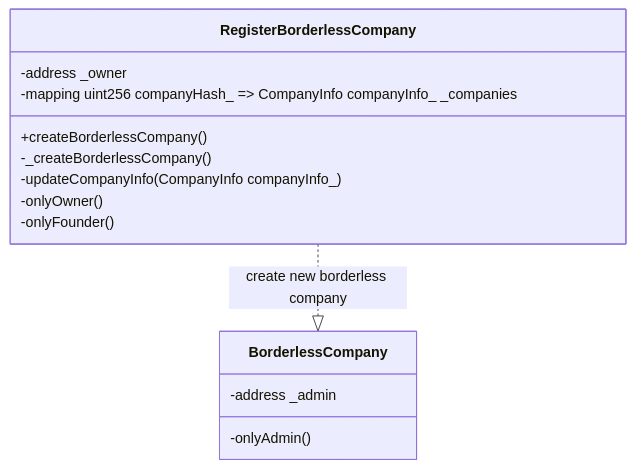
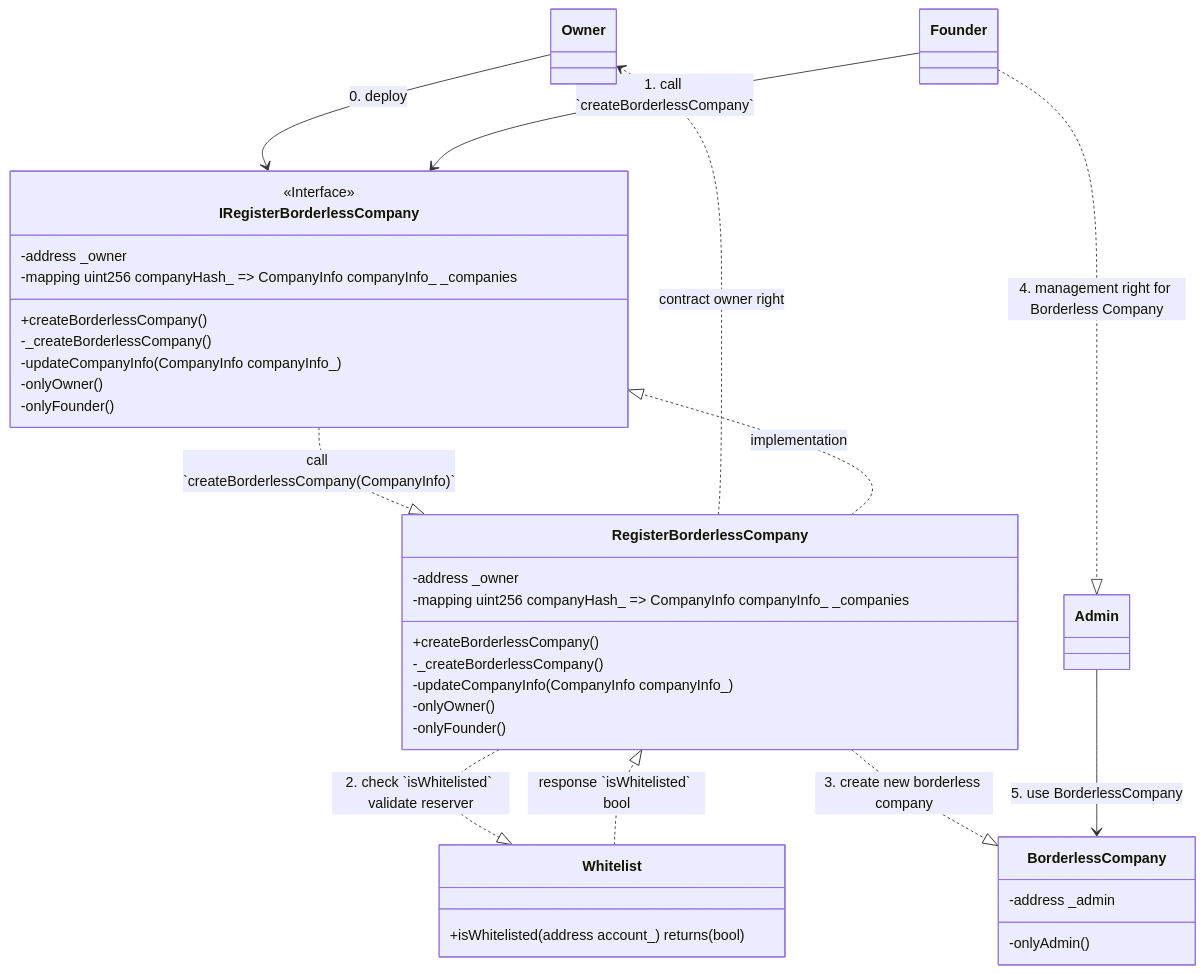
The second of 3 diagrams in docs/contracts/1.RegisterBorderlessCompany/1.RegisterBorderlessCompany.index.md (Borderless-company/Borderless-Contract), drawn with Mermaid before and after one commit. The commit also changed other lines of this file, not shown here.

Commit message:
Initial document RegisterBorderlessCompany.sol

````diff
--- a/docs/contracts/1.RegisterBorderlessCompany/1.RegisterBorderlessCompany.index.md
+++ b/docs/contracts/1.RegisterBorderlessCompany/1.RegisterBorderlessCompany.index.md
@@ -50,18 +90,51 @@
 ```mermaid
 classDiagram
-    RegisterBorderlessCompany ..|> BorderlessCompany: create new borderless company
+    class Owner
+    class Founder
+    class Admin
+
+    Owner --> IRegisterBorderlessCompany: 0. deploy
+    RegisterBorderlessCompany ..> Owner: contract owner right
+
+    Founder --> IRegisterBorderlessCompany: 1. call `createBorderlessCompany`
+    RegisterBorderlessCompany ..|> Whitelist: 2. check `isWhitelisted` validate reserver
+    Whitelist ..|> RegisterBorderlessCompany: response `isWhitelisted` bool
+
+    RegisterBorderlessCompany ..|> IRegisterBorderlessCompany: implementation
+    IRegisterBorderlessCompany ..|> RegisterBorderlessCompany: call `createBorderlessCompany(CompanyInfo)`
+
+    RegisterBorderlessCompany ..|> BorderlessCompany: 3. create new borderless company
+
+    Founder ..|> Admin: 4. management right for Borderless Company
+    Admin --> BorderlessCompany: 5. use BorderlessCompany
+
+    class IRegisterBorderlessCompany{
+        <<Interface>>
+        -address _owner
+        -mapping uint256 companyHash_ => CompanyInfo companyInfo_ _companies
+        +createBorderlessCompany()
+        -_createBorderlessCompany()
+        -updateCompanyInfo(CompanyInfo companyInfo_)
+        -onlyOwner()
+        -onlyFounder()
+    }
+
     class RegisterBorderlessCompany{
         -address _owner
         -mapping uint256 companyHash_ => CompanyInfo companyInfo_ _companies
         +createBorderlessCompany()
         -_createBorderlessCompany()
         -updateCompanyInfo(CompanyInfo companyInfo_)
         -onlyOwner()
         -onlyFounder()
     }
 
     class BorderlessCompany{
         -address _admin
         -onlyAdmin()
     }
+
+    class Whitelist {
+        +isWhitelisted(address account_) returns(bool)
+    }
 ```
````
